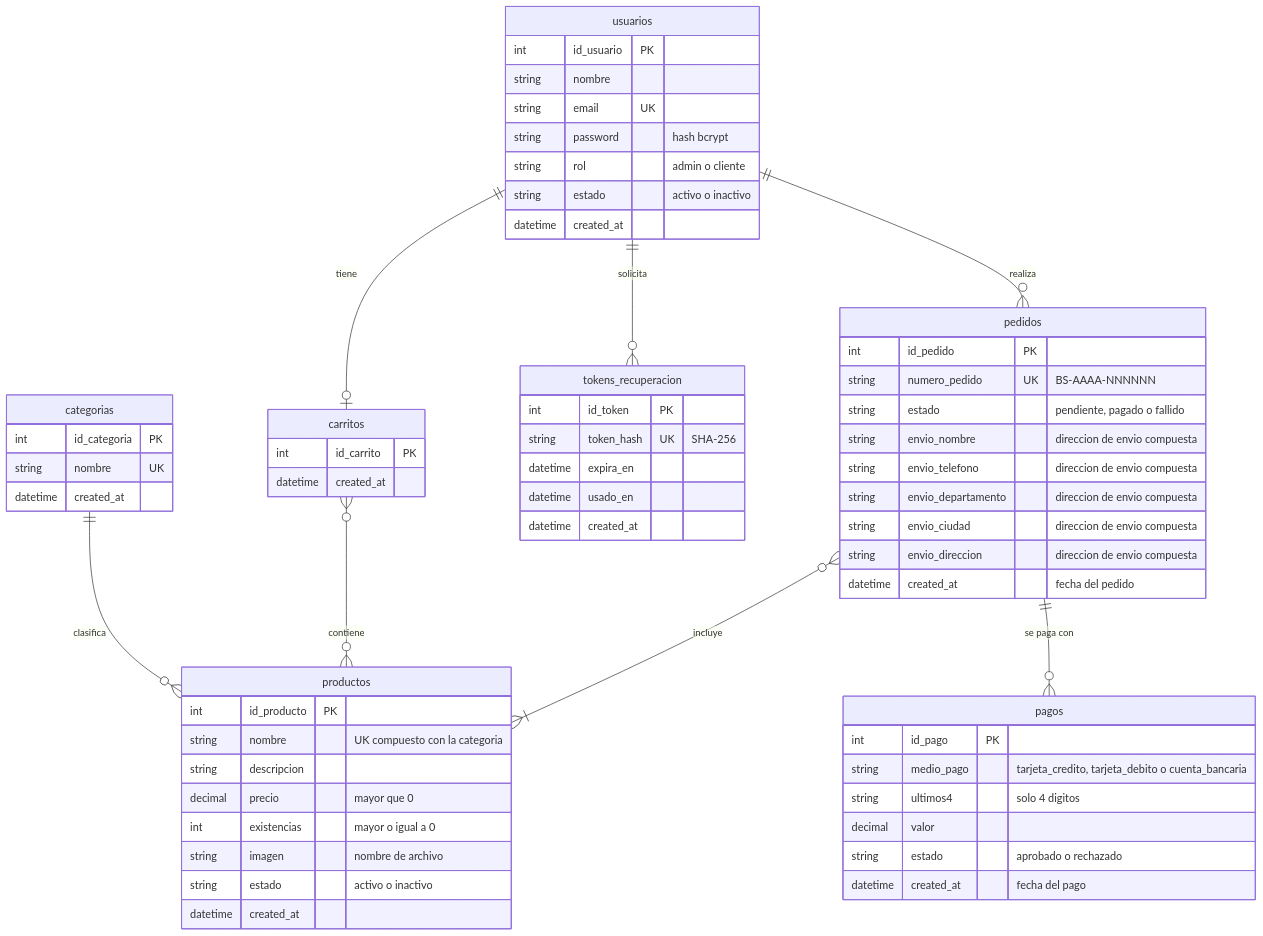
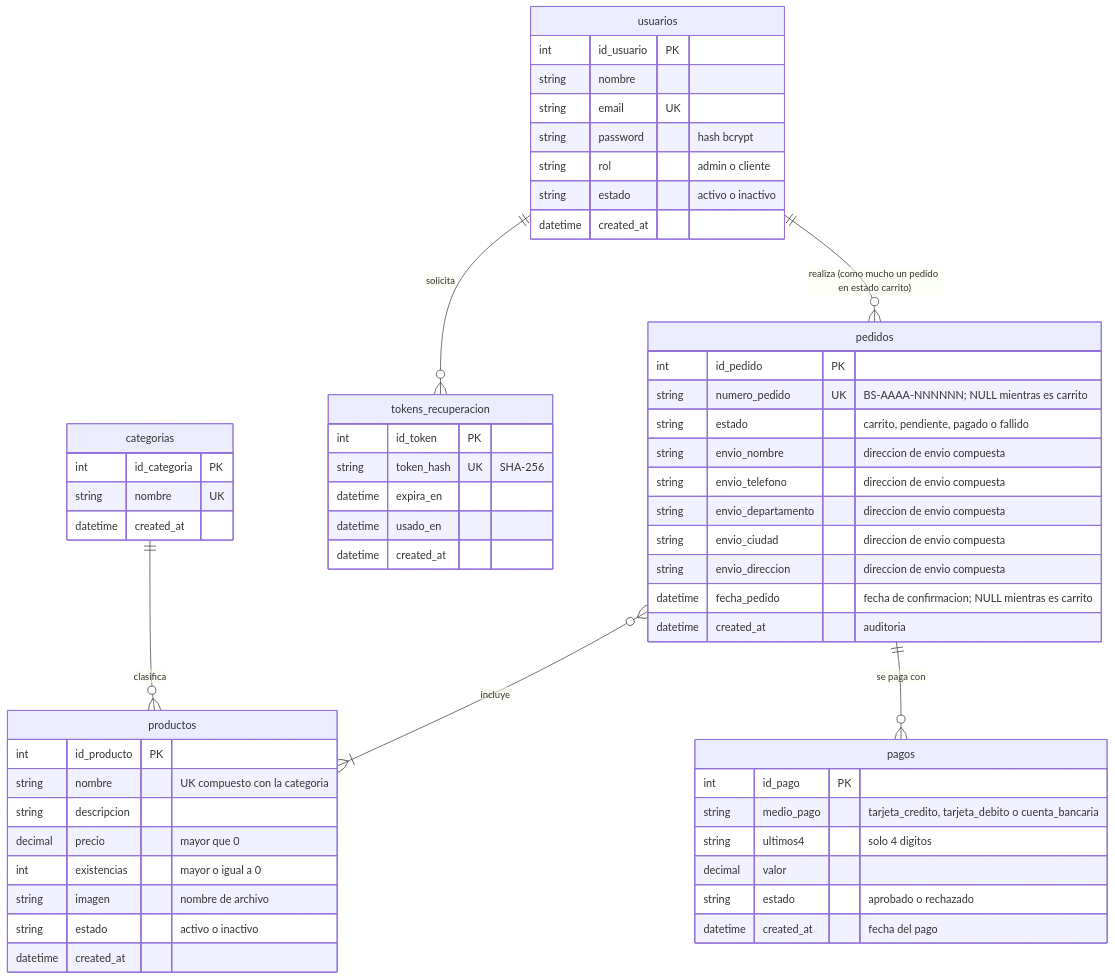
Before and after one commit to sxiks/BIKE-STORE_3400626_EQUIPO_2: the diagram in docs/diseno-tecnico/MODELO_DATOS.md, drawn with Mermaid. The commit also changed other lines of this file and 8 other files, not shown here.

Commit message:
docs: contrato y modelo del carrito como pedido en estado carrito (D12) (#9)

````diff
--- a/docs/diseno-tecnico/MODELO_DATOS.md
+++ b/docs/diseno-tecnico/MODELO_DATOS.md
@@ -45,74 +53,68 @@
 ```mermaid
 erDiagram
-    usuarios ||--o| carritos : "tiene"
-    usuarios ||--o{ pedidos : "realiza"
+    usuarios ||--o{ pedidos : "realiza (como mucho un pedido en estado carrito)"
     usuarios ||--o{ tokens_recuperacion : "solicita"
     categorias ||--o{ productos : "clasifica"
-    carritos }o--o{ productos : "contiene"
     pedidos }o--|{ productos : "incluye"
     pedidos ||--o{ pagos : "se paga con"
 
-    %% contiene -> atributos propios de la relacion: cantidad, created_at
-    %% incluye  -> atributos propios de la relacion: cantidad, precio_unitario (copia R3), created_at
+    %% incluye -> atributos propios de la relacion: cantidad, precio_unitario (copia R3, se refresca al confirmar), created_at
+    %%            sus filas son las lineas del carrito (estado carrito) y las del pedido confirmado
 
     usuarios {
         int id_usuario PK
         string nombre
         string email UK
         string password "hash bcrypt"
         string rol "admin o cliente"
         string estado "activo o inactivo"
         datetime created_at
     }
 
     categorias {
         int id_categoria PK
         string nombre UK
         datetime created_at
     }
 
     productos {
         int id_producto PK
         string nombre "UK compuesto con la categoria"
         string descripcion
         decimal precio "mayor que 0"
         int existencias "mayor o igual a 0"
         string imagen "nombre de archivo"
         string estado "activo o inactivo"
         datetime created_at
     }
 
-    carritos {
-        int id_carrito PK
-        datetime created_at
-    }
-
     pedidos {
         int id_pedido PK
-        string numero_pedido UK "BS-AAAA-NNNNNN"
-        string estado "pendiente, pagado o fallido"
+        string numero_pedido UK "BS-AAAA-NNNNNN; NULL mientras es carrito"
+        string estado "carrito, pendiente, pagado o fallido"
         string envio_nombre "direccion de envio compuesta"
         string envio_telefono "direccion de envio compuesta"
         string envio_departamento "direccion de envio compuesta"
         string envio_ciudad "direccion de envio compuesta"
         string envio_direccion "direccion de envio compuesta"
-        datetime created_at "fecha del pedido"
+        datetime fecha_pedido "fecha de confirmacion; NULL mientras es carrito"
+        datetime created_at "auditoria"
     }
 
     pagos {
         int id_pago PK
         string medio_pago "tarjeta_credito, tarjeta_debito o cuenta_bancaria"
         string ultimos4 "solo 4 digitos"
         decimal valor
         string estado "aprobado o rechazado"
         datetime created_at "fecha del pago"
     }
 
     tokens_recuperacion {
         int id_token PK
         string token_hash UK "SHA-256"
         datetime expira_en
         datetime usado_en
         datetime created_at
     }
 ```
````
